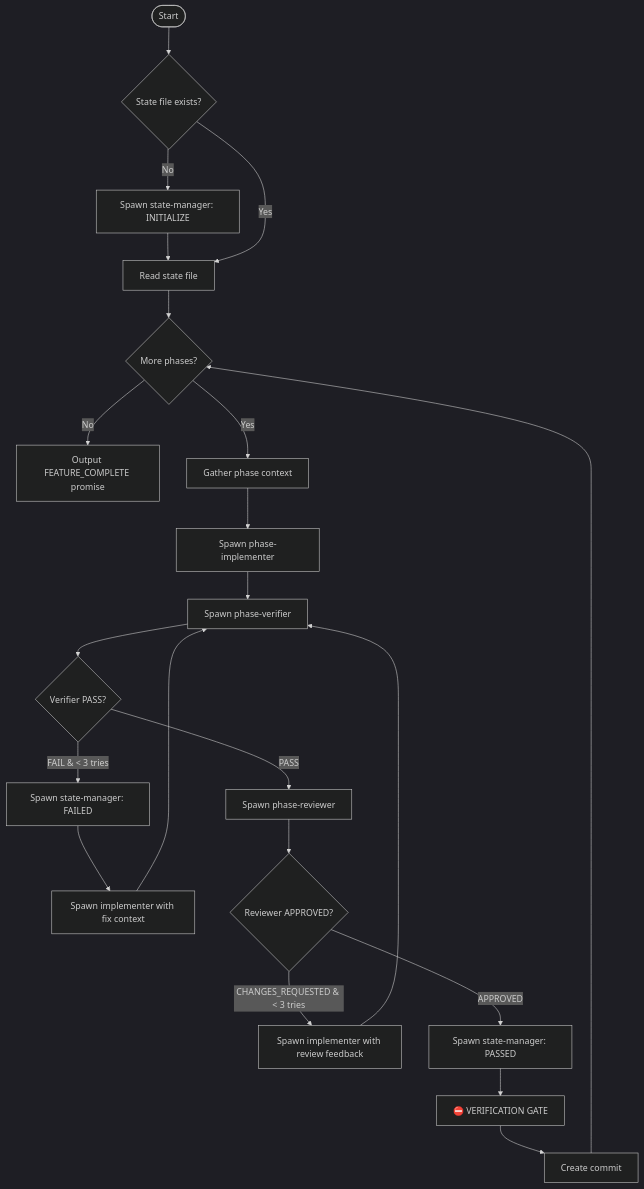
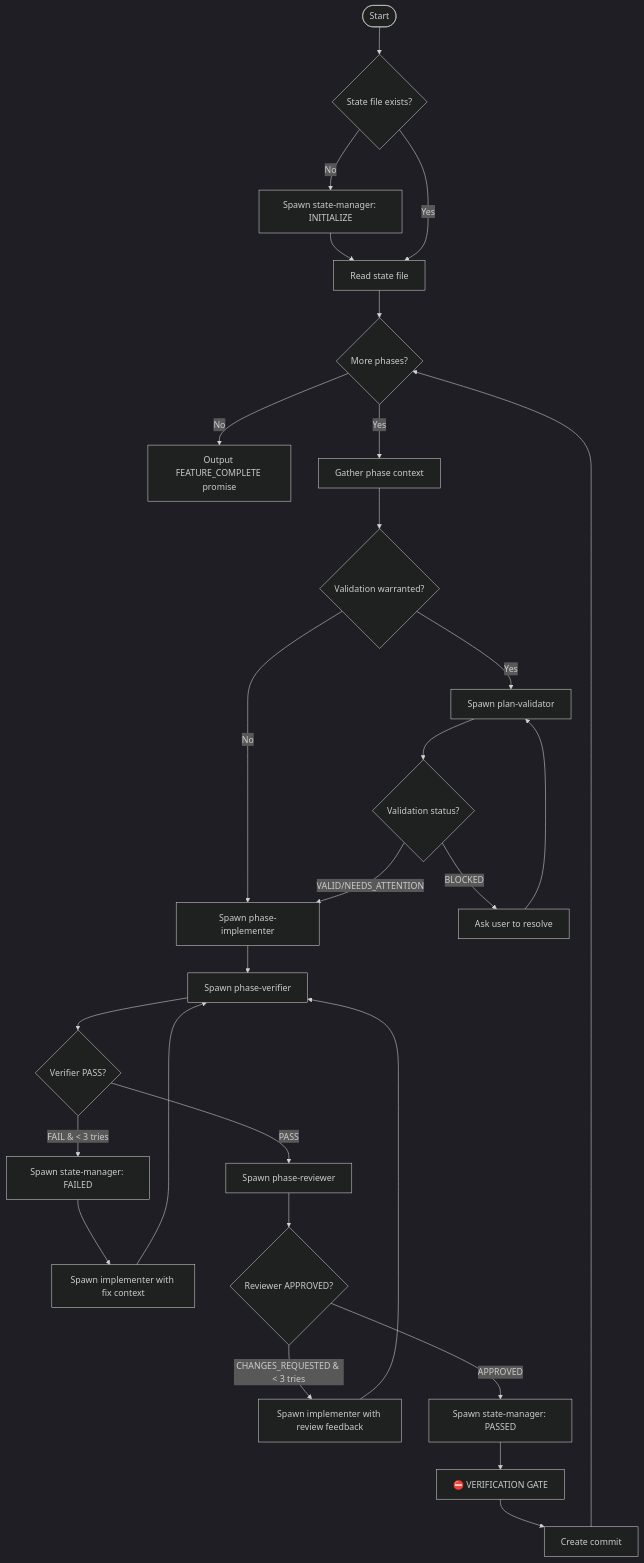
The diagram in claude/skills/feature-implementation/SKILL.md (ctdio/dotfiles), drawn with Mermaid (dark theme) before and after one commit. The commit also changed other lines of this file and 2 other files, not shown here.

First line of the commit message:
feat: add plan-validator agent to catch plan drift before implementation

````diff
--- a/claude/skills/feature-implementation/SKILL.md
+++ b/claude/skills/feature-implementation/SKILL.md
@@ -257,30 +262,37 @@
 ```mermaid
 flowchart TD
     START([Start]) --> INIT{State file exists?}
     INIT -->|No| SPAWN_STATE_INIT[Spawn state-manager: INITIALIZE]
     SPAWN_STATE_INIT --> READ_STATE
     INIT -->|Yes| READ_STATE[Read state file]
 
     READ_STATE --> PHASE_LOOP{More phases?}
     PHASE_LOOP -->|No| FINAL[Output FEATURE_COMPLETE promise]
     PHASE_LOOP -->|Yes| GATHER[Gather phase context]
 
-    GATHER --> IMPL[Spawn phase-implementer]
+    GATHER --> VALIDATE_CHECK{Validation warranted?}
+    VALIDATE_CHECK -->|No| IMPL[Spawn phase-implementer]
+    VALIDATE_CHECK -->|Yes| VALIDATE[Spawn plan-validator]
+    VALIDATE --> VALIDATE_RESULT{Validation status?}
+    VALIDATE_RESULT -->|BLOCKED| USER_HELP[Ask user to resolve]
+    USER_HELP --> VALIDATE
+    VALIDATE_RESULT -->|VALID/NEEDS_ATTENTION| IMPL
+
     IMPL --> VERIFY[Spawn phase-verifier]
     VERIFY --> VERIFY_CHECK{Verifier PASS?}
 
     VERIFY_CHECK -->|FAIL & < 3 tries| UPDATE_FAIL[Spawn state-manager: FAILED]
     UPDATE_FAIL --> IMPL_FIX[Spawn implementer with fix context]
     IMPL_FIX --> VERIFY
 
     VERIFY_CHECK -->|PASS| REVIEW[Spawn phase-reviewer]
     REVIEW --> REVIEW_CHECK{Reviewer APPROVED?}
 
     REVIEW_CHECK -->|CHANGES_REQUESTED & < 3 tries| IMPL_REVIEW[Spawn implementer with review feedback]
     IMPL_REVIEW --> VERIFY
 
     REVIEW_CHECK -->|APPROVED| UPDATE_PASS[Spawn state-manager: PASSED]
     UPDATE_PASS --> GATE[⛔ VERIFICATION GATE]
     GATE --> COMMIT[Create commit]
     COMMIT --> PHASE_LOOP
 ```
````
